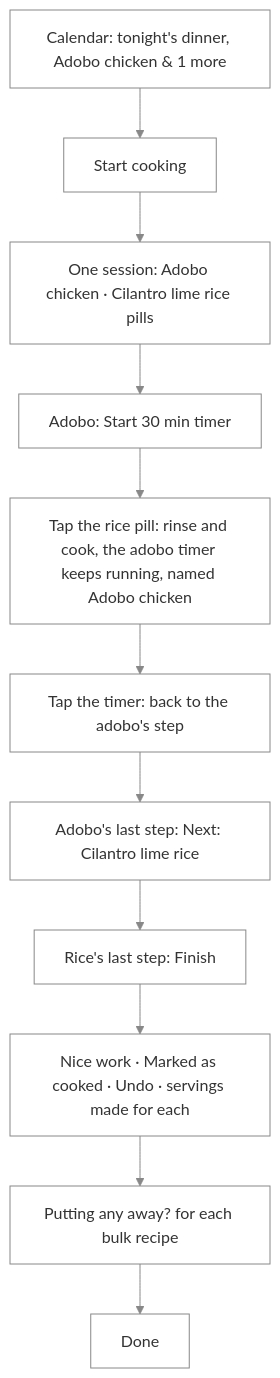
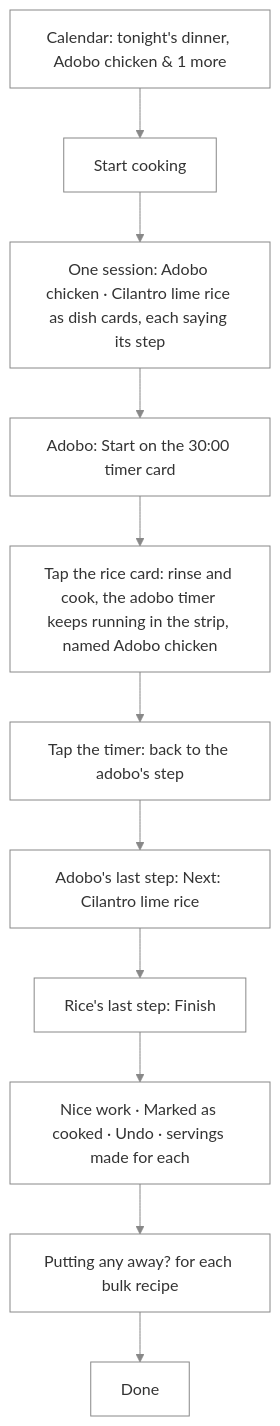
One commit to NovaMoonX/moondreams-dev-apps changed diagram 45 of 54 in src/apps/pinch/UX.md. Above: the diagram before and after it, drawn with Mermaid. The commit also changed other lines of this file and 7 other files, not shown here.

First line of the commit message:
Pinch round 7: cooking mode docs, dish cards capped on wide screens, focus follows the view switch

````diff
--- a/src/apps/pinch/UX.md
+++ b/src/apps/pinch/UX.md
@@ -1406,10 +1404,10 @@
 ```mermaid
 %%{init: {'theme': 'base', 'themeVariables': {'primaryColor': 'transparent', 'clusterBkg': 'transparent', 'primaryBorderColor': '#888888', 'clusterBorder': '#888888', 'lineColor': '#888888', 'primaryTextColor': '#333333'}}}%%
 flowchart TD
     A["Calendar: tonight's dinner, Adobo chicken & 1 more"] --> B["Start cooking"]
-    B --> C["One session: Adobo chicken · Cilantro lime rice pills"]
-    C --> D["Adobo: Start 30 min timer"] --> E["Tap the rice pill: rinse and cook, the adobo timer keeps running, named Adobo chicken"]
+    B --> C["One session: Adobo chicken · Cilantro lime rice as dish cards, each saying its step"]
+    C --> D["Adobo: Start on the 30:00 timer card"] --> E["Tap the rice card: rinse and cook, the adobo timer keeps running in the strip, named Adobo chicken"]
     E --> F["Tap the timer: back to the adobo's step"] --> G["Adobo's last step: Next: Cilantro lime rice"]
     G --> H["Rice's last step: Finish"] --> I["Nice work · Marked as cooked · Undo · servings made for each"]
     I --> J["Putting any away? for each bulk recipe"] --> K["Done"]
 ```
````
